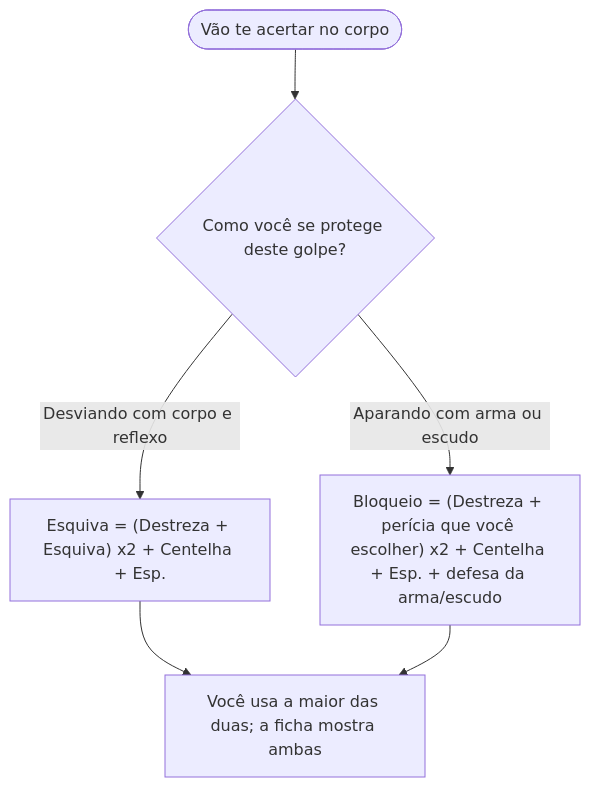
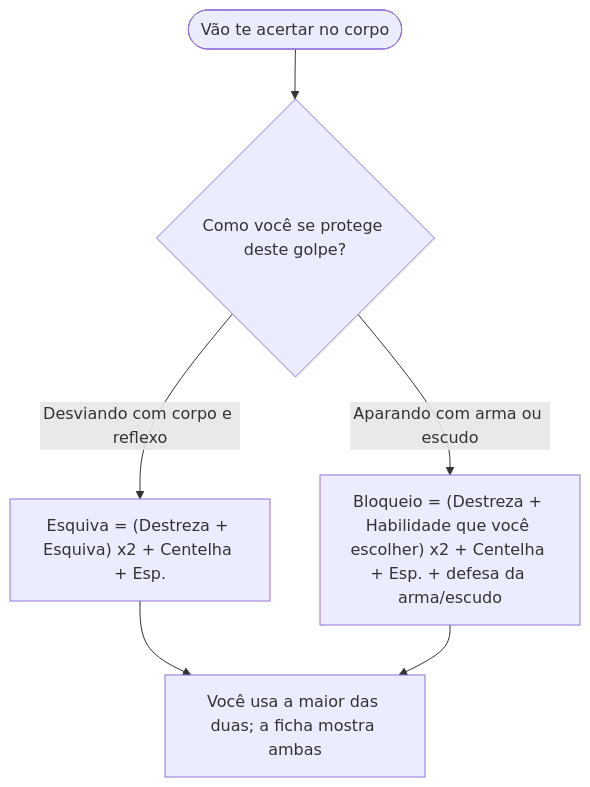
Before and after one commit to f-neves/centelha-rpg: the fifth of 6 diagrams in src/content/chapters/qual-sistema.md, drawn with Mermaid. The commit also changed other lines of this file and 32 other files, not shown here.

````diff
--- a/src/content/chapters/qual-sistema.md
+++ b/src/content/chapters/qual-sistema.md
@@ -81,8 +81,8 @@
 ```mermaid
 flowchart TD
   D(["Vão te acertar no corpo"]) --> D1{"Como você se protege deste golpe?"}
   D1 -->|"Desviando com corpo e reflexo"| DE["Esquiva = (Destreza + Esquiva) x2 + Centelha + Esp."]
-  D1 -->|"Aparando com arma ou escudo"| DB["Bloqueio = (Destreza + perícia que você escolher) x2 + Centelha + Esp. + defesa da arma/escudo"]
+  D1 -->|"Aparando com arma ou escudo"| DB["Bloqueio = (Destreza + Habilidade que você escolher) x2 + Centelha + Esp. + defesa da arma/escudo"]
   DE --> N["Você usa a maior das duas; a ficha mostra ambas"]
   DB --> N
 ```
````
